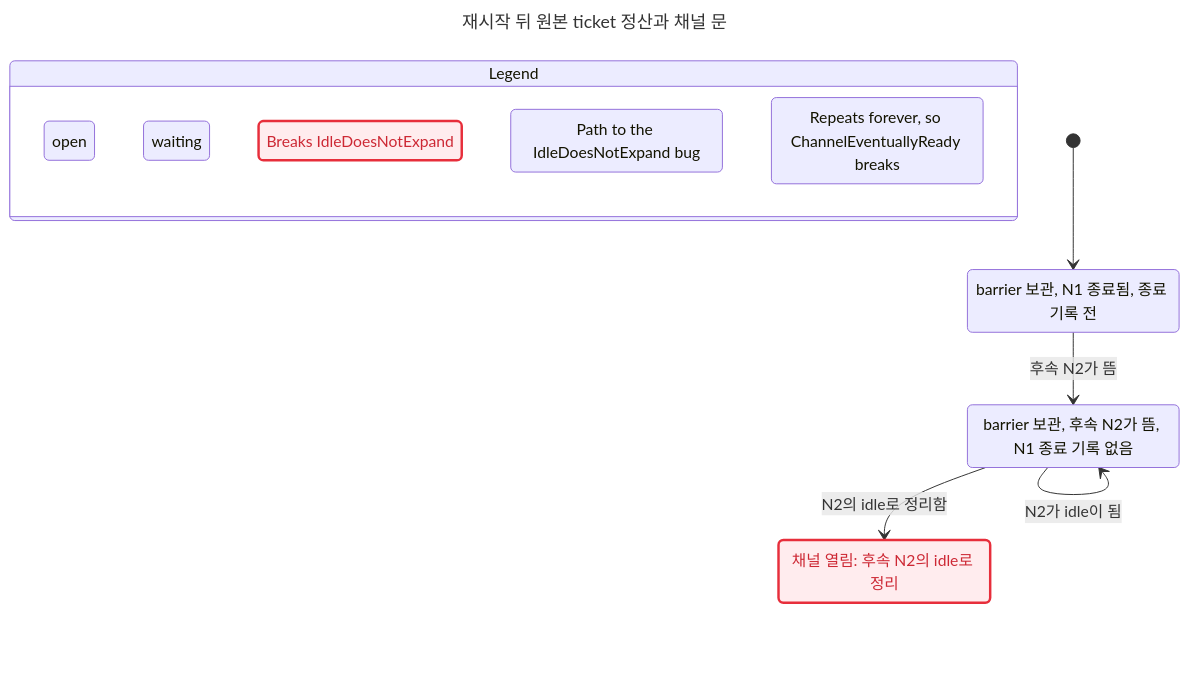
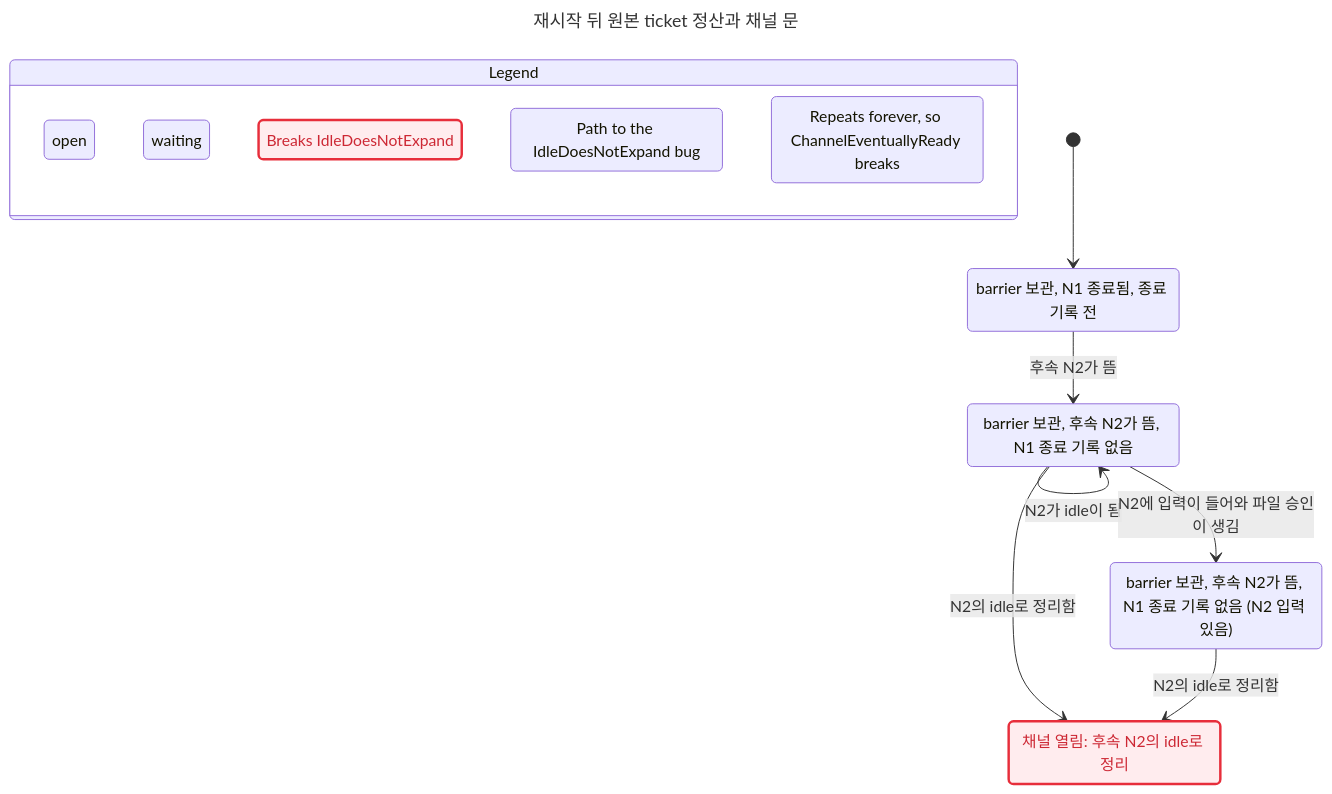
One commit to itismyfield/AgentDesk changed the diagram in docs/statecharts/tui-o-writer/hook-transcript-custody-barrier-before.chart.mmd. Above: the diagram before and after it, drawn with Mermaid. The commit also changed 72 other files, not shown here.

```diff
--- a/docs/statecharts/tui-o-writer/hook-transcript-custody-barrier-before.chart.mmd
+++ b/docs/statecharts/tui-o-writer/hook-transcript-custody-barrier-before.chart.mmd
@@ -1,32 +1,36 @@
 ---
 title: "재시작 뒤 원본 ticket 정산과 채널 문"
 ---
 stateDiagram-v2
   state "Legend" as legend {
     lg0: open
     lg1: waiting
     lg2: Breaks IdleDoesNotExpand
     lg3: Path to the IdleDoesNotExpand bug
     lg4: Repeats forever, so ChannelEventuallyReady breaks
   }
   class lg0 teal
   class lg1 yellow
   class lg2 breaks
   class lg3 bugPath
   class lg4 repeats
   s0: barrier 보관, N1 종료됨, 종료 기록 전
   s1: barrier 보관, 후속 N2가 뜸, N1 종료 기록 없음
-  s2: 채널 열림: 후속 N2의 idle로 정리
+  s2: barrier 보관, 후속 N2가 뜸, N1 종료 기록 없음 (N2 입력 있음)
+  s3: 채널 열림: 후속 N2의 idle로 정리
   [*] --> s0
   s0 --> s1: 후속 N2가 뜸
   s1 --> s1: N2가 idle이 됨
-  s1 --> s2: N2의 idle로 정리함
+  s1 --> s2: N2에 입력이 들어와 파일 승인이 생김
+  s1 --> s3: N2의 idle로 정리함
+  s2 --> s3: N2의 idle로 정리함
   classDef breaks fill:#ffecee,stroke:#e72e3b,stroke-width:2.5px,color:#cd2834
   class s0 yellow
   class s0 bugPath
   class s0 repeats
   class s1 yellow
   class s1 bugPath
-  class s2 teal
-  class s2 breaks
-  class s2 bugPath
+  class s2 yellow
+  class s3 teal
+  class s3 breaks
+  class s3 bugPath
```
